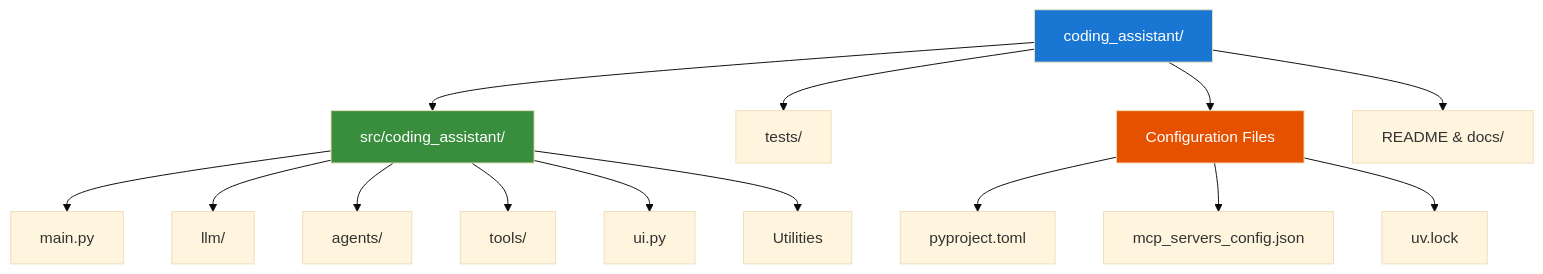
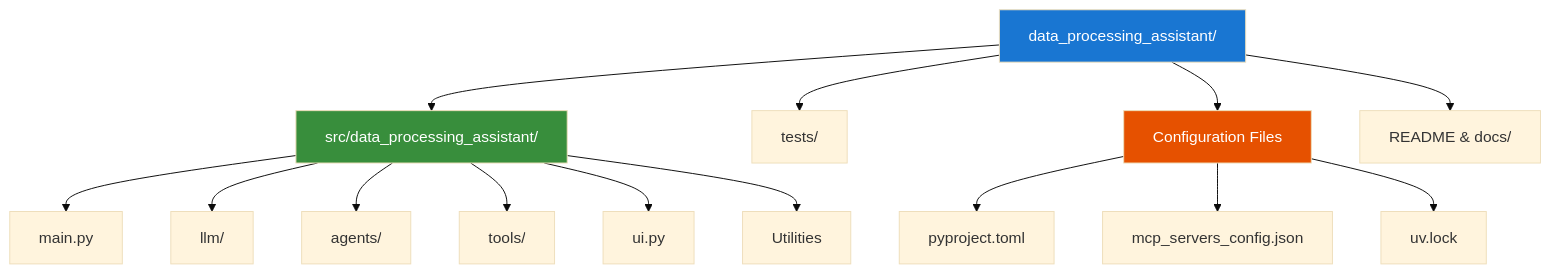
The first of 15 diagrams in docs-content/01_frameworks/Session1_ModuleD_Coding_Assistant_Case_Study.md (fwornle/agentic-ai-nano), drawn with Mermaid (base theme) before and after one commit. The commit also changed other lines of this file and 18 other files, not shown here.

````diff
--- a/docs-content/01_frameworks/Session1_ModuleD_Coding_Assistant_Case_Study.md
+++ b/docs-content/01_frameworks/Session1_ModuleD_Coding_Assistant_Case_Study.md
@@ -35,22 +35,22 @@
 ```mermaid
 graph TD
-    ROOT[coding_assistant/] --> SRC[src/coding_assistant/]
+    ROOT[data_processing_assistant/] --> SRC[src/data_processing_assistant/]
     ROOT --> TESTS[tests/]
     ROOT --> CONFIG[Configuration Files]
     ROOT --> DOCS[README & docs/]
     
     CONFIG --> PY[pyproject.toml]
     CONFIG --> MCP[mcp_servers_config.json]
     CONFIG --> UV[uv.lock]
     
     SRC --> MAIN[main.py]
     SRC --> LLM[llm/]
     SRC --> AGENTS[agents/]
     SRC --> TOOLS[tools/]
     SRC --> UI[ui.py]
     SRC --> UTILS[Utilities]
     
     style ROOT fill:#1976D2,color:#ffffff
     style SRC fill:#388E3C,color:#ffffff
     style CONFIG fill:#E65100,color:#ffffff
 ```
````
